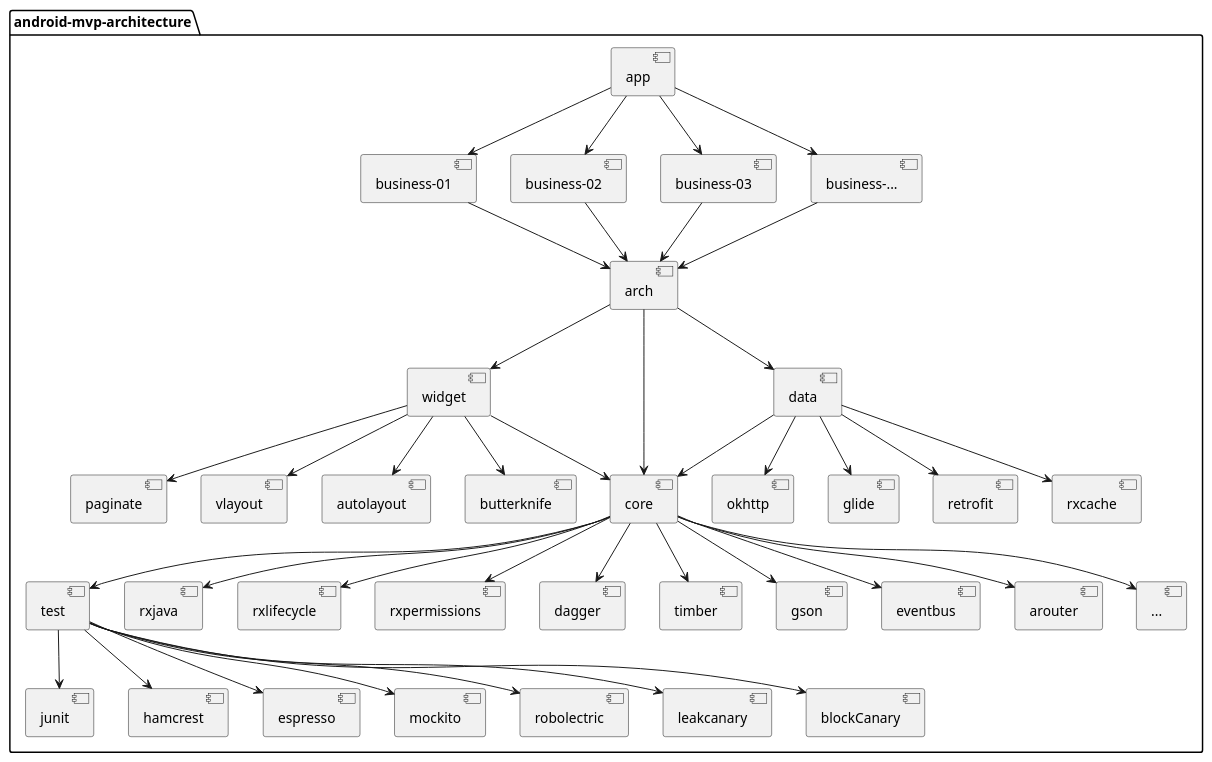
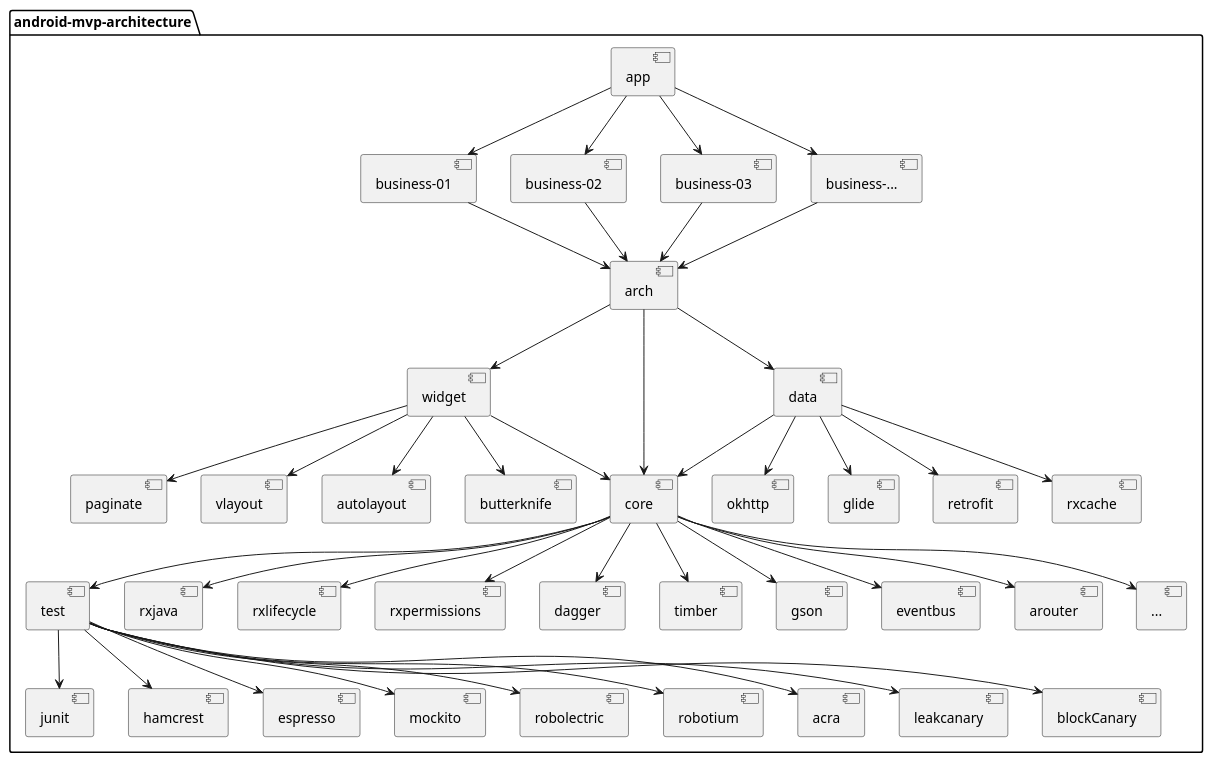
Before and after one commit to smuwjs/android-mvp-architecture: the diagram in doc/uml/architecture.puml, drawn with PlantUML. The commit also changed 2 other files, not shown here.

```diff
--- a/doc/uml/architecture.puml
+++ b/doc/uml/architecture.puml
@@ -1,51 +1,54 @@
 @startuml
 
 package "android-mvp-architecture" {
 
  [test] --> [junit]
  [test] --> [hamcrest]
  [test] --> [espresso]
  [test] --> [mockito]
  [test] --> [robolectric]
+ [test] --> [robotium]
+ [test] --> [acra]
  [test] --> [leakcanary]
  [test] --> [blockCanary]
+
 
  [core] --> [test]
  [core] --> [rxjava]
  [core] --> [rxlifecycle]
  [core] --> [rxpermissions]
  [core] --> [dagger]
  [core] --> [timber]
  [core] --> [gson]
  [core] --> [eventbus]
  [core] --> [arouter]
  [core] --> [...]
 
  [widget] --> [core]
  [widget] --> [vlayout]
  [widget] --> [autolayout]
  [widget] --> [butterknife]
  [widget] --> [paginate]
 
  [data] --> [retrofit]
  [data] --> [rxcache]
  [data] --> [okhttp]
  [data] --> [glide]
  [data] --> [core]
 
  [arch] --> [data]
  [arch] --> [widget]
  [arch] --> [core]
 
  [business-01] --> [arch]
  [business-02] --> [arch]
  [business-03] --> [arch]
  [business-...] --> [arch]
 
  [app] --> [business-01]
  [app] --> [business-02]
  [app] --> [business-03]
  [app] --> [business-...]
 }
 
 @enduml
```
